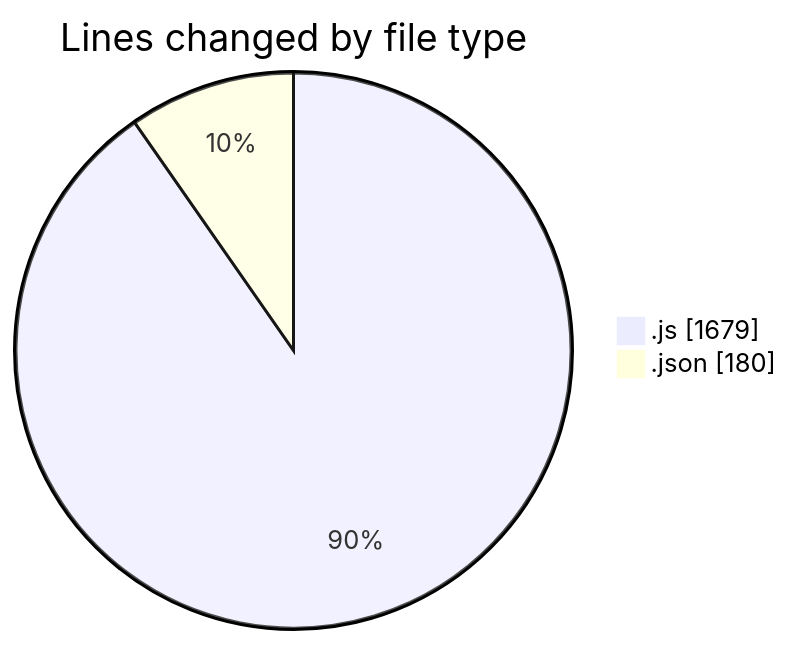
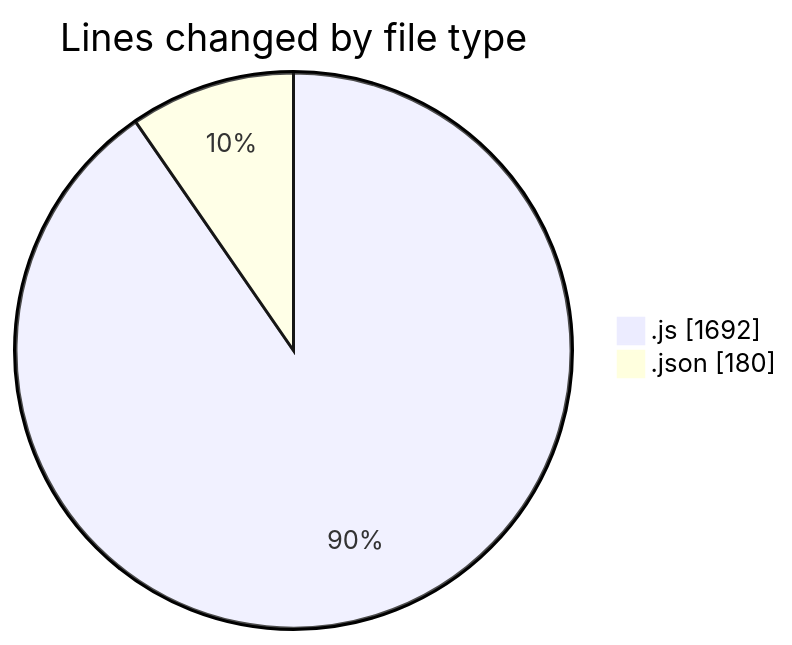
Before and after one commit to Ritupan-Deka/code-tracking: the first of 2 diagrams in 2025-08-03/javascript/README.md, drawn with Mermaid. The commit also changed other lines of this file and 1 other file, not shown here.

````diff
--- a/2025-08-03/javascript/README.md
+++ b/2025-08-03/javascript/README.md
@@ -22,6 +22,6 @@
 ```mermaid
 pie showData
 title Lines changed by file type
-".js" : 1679
+".js" : 1692
 ".json" : 180
 ```
````
